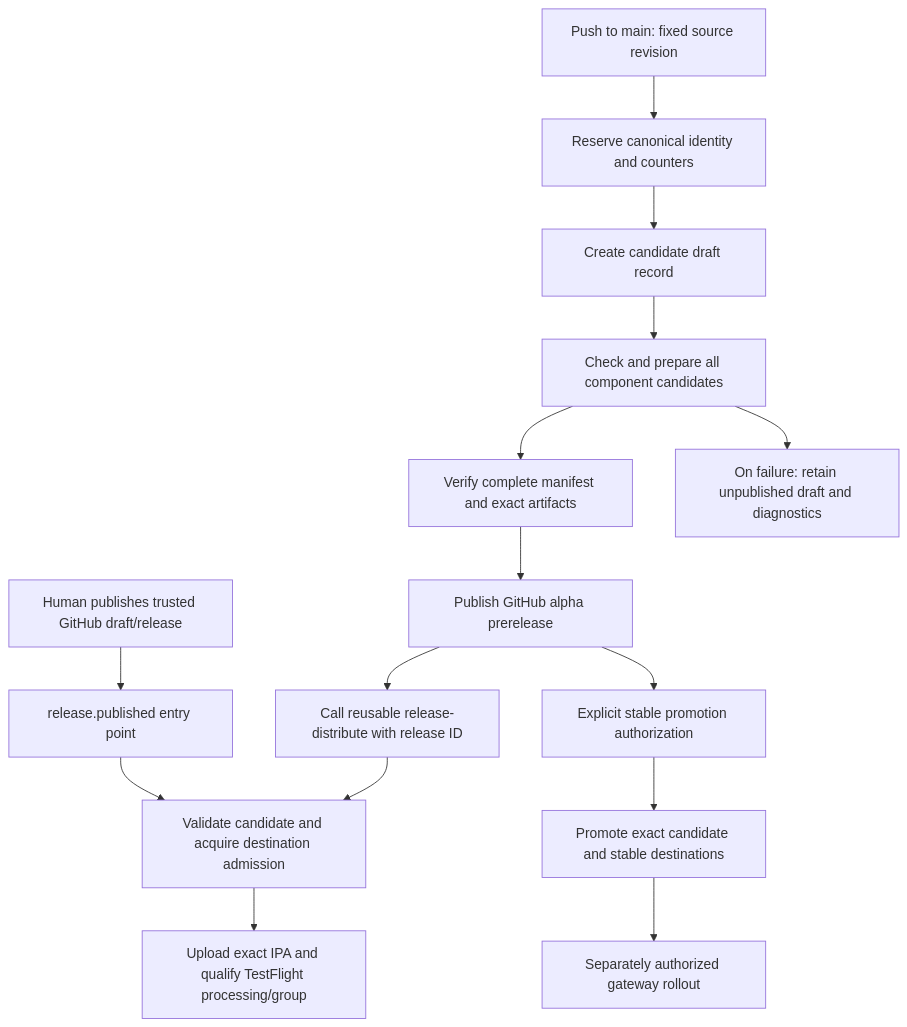
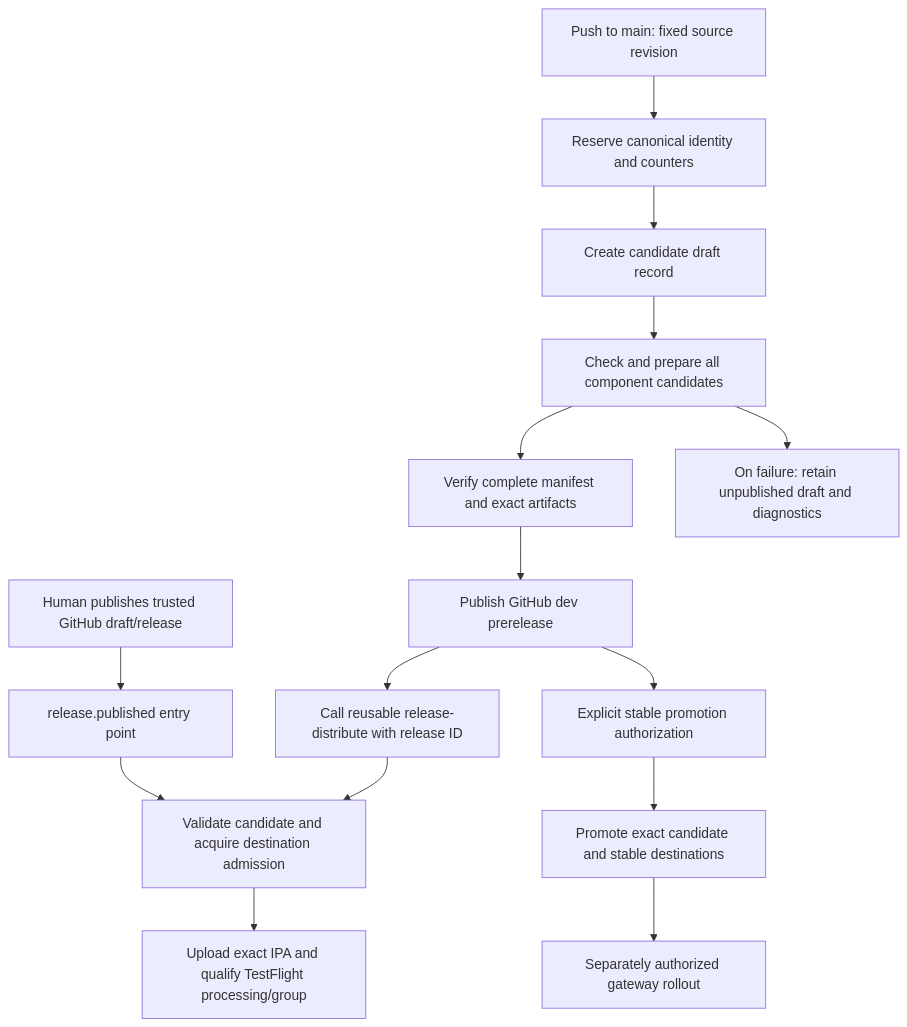
One commit to dbpprt/dieter changed the second of 2 diagrams in docs/fastlane-app-pipeline-refactor-plan-2026-10-03.md. Above: the diagram before and after it, drawn with Mermaid. The commit also changed other lines of this file and 238 other files, not shown here.

````diff
--- a/docs/fastlane-app-pipeline-refactor-plan-2026-10-03.md
+++ b/docs/fastlane-app-pipeline-refactor-plan-2026-10-03.md
@@ -649,17 +657,17 @@
 ```mermaid
 flowchart TD
     Main[Push to main: fixed source revision] --> Identity[Reserve canonical identity and counters]
     Identity --> Draft[Create candidate draft record]
     Draft --> Matrix[Check and prepare all component candidates]
     Matrix --> Verify[Verify complete manifest and exact artifacts]
     Matrix --> Failure[On failure: retain unpublished draft and diagnostics]
-    Verify --> Alpha[Publish GitHub alpha prerelease]
-    Alpha --> Explicit[Call reusable release-distribute with release ID]
+    Verify --> Dev[Publish GitHub dev prerelease]
+    Dev --> Explicit[Call reusable release-distribute with release ID]
     Human[Human publishes trusted GitHub draft/release] --> Event[release.published entry point]
     Event --> Delivery[Validate candidate and acquire destination admission]
     Explicit --> Delivery
     Delivery --> TF[Upload exact IPA and qualify TestFlight processing/group]
-    Alpha --> Approval[Explicit stable promotion authorization]
+    Dev --> Approval[Explicit stable promotion authorization]
     Approval --> Stable[Promote exact candidate and stable destinations]
     Stable --> Deploy[Separately authorized gateway rollout]
 ```
````
